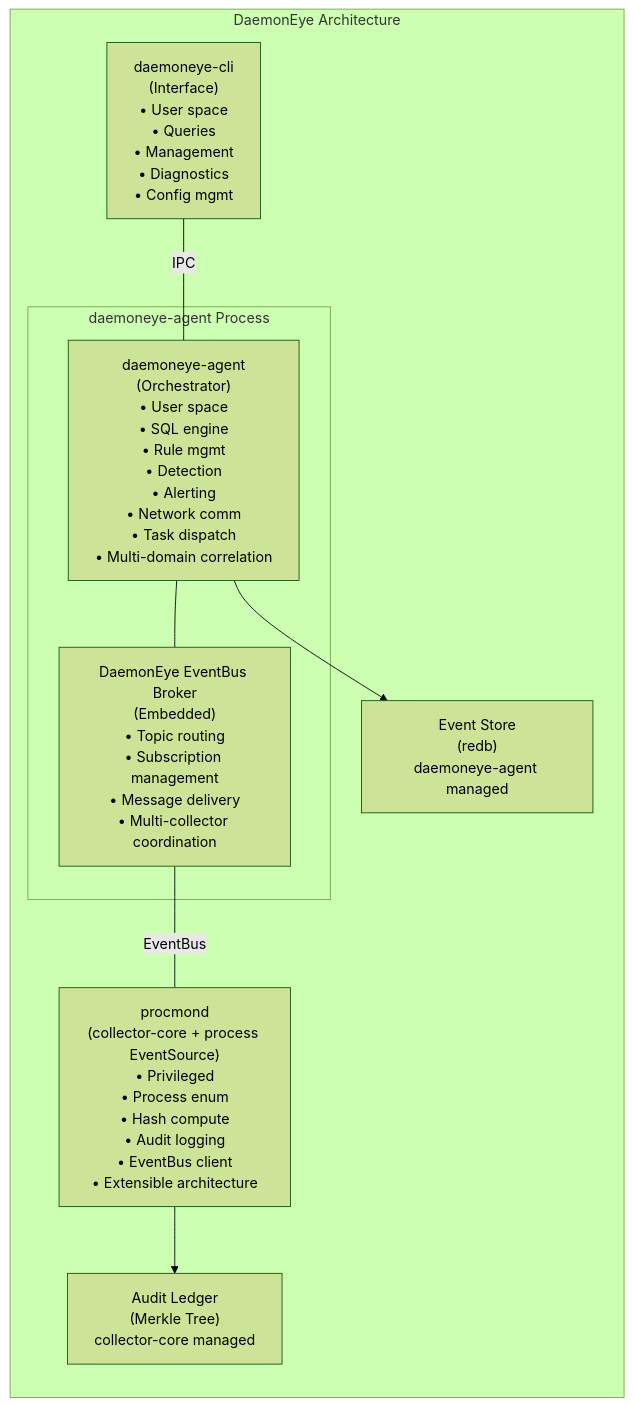
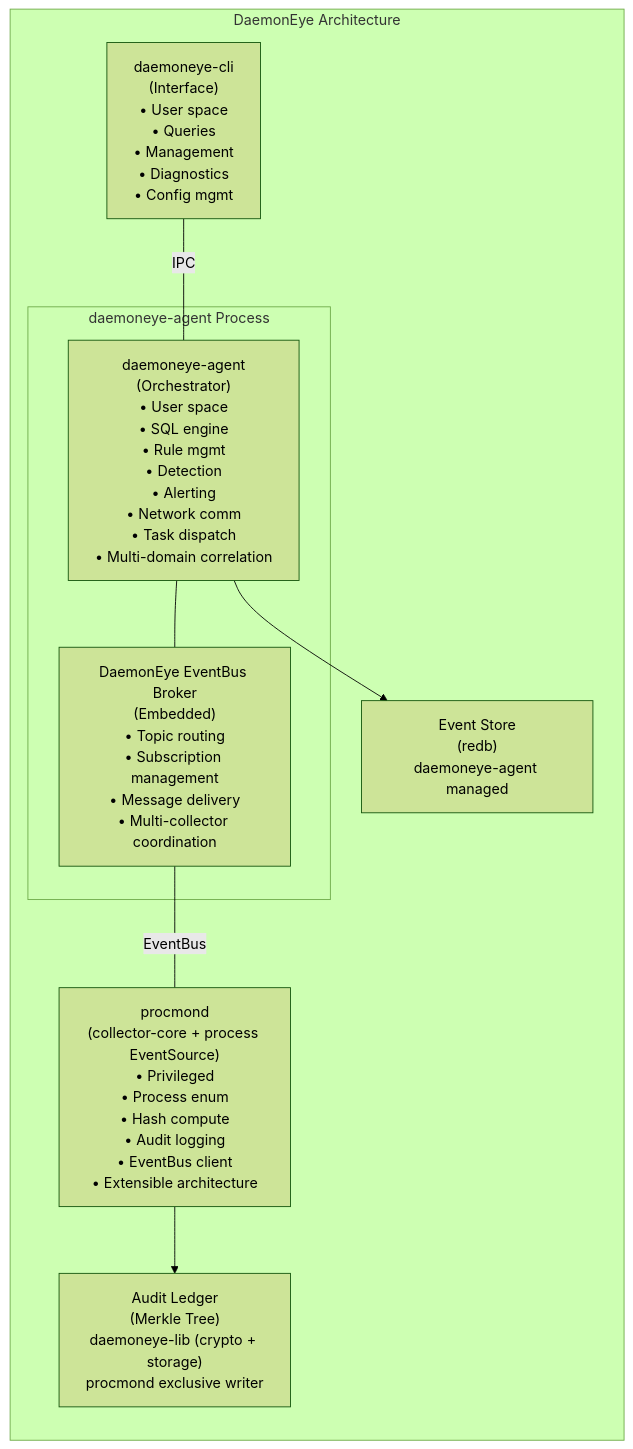
The second of 7 diagrams in .kiro/specs/daemoneye-core-monitoring/design.md (EvilBit-Labs/DaemonEye), drawn with Mermaid (forest theme) before and after one commit. The commit also changed other lines of this file and 79 other files, not shown here.

````diff
--- a/.kiro/specs/daemoneye-core-monitoring/design.md
+++ b/.kiro/specs/daemoneye-core-monitoring/design.md
@@ -66,26 +66,26 @@
 ```mermaid
 graph LR
     subgraph "DaemonEye Architecture"
         CLI["daemoneye-cli<br/>(Interface)<br/>• User space<br/>• Queries<br/>• Management<br/>• Diagnostics<br/>• Config mgmt"]
 
         subgraph "daemoneye-agent Process"
             AGENT["daemoneye-agent<br/>(Orchestrator)<br/>• User space<br/>• SQL engine<br/>• Rule mgmt<br/>• Detection<br/>• Alerting<br/>• Network comm<br/>• Task dispatch<br/>• Multi-domain correlation"]
 
             BROKER["DaemonEye EventBus Broker<br/>(Embedded)<br/>• Topic routing<br/>• Subscription management<br/>• Message delivery<br/>• Multi-collector coordination"]
         end
 
         PROC["procmond<br/>(collector-core + process EventSource)<br/>• Privileged<br/>• Process enum<br/>• Hash compute<br/>• Audit logging<br/>• EventBus client<br/>• Extensible architecture"]
 
-        AUDIT["Audit Ledger<br/>(Merkle Tree)<br/>collector-core managed"]
+        AUDIT["Audit Ledger<br/>(Merkle Tree)<br/>daemoneye-lib (crypto + storage)<br/>procmond exclusive writer"]
 
         STORE["Event Store<br/>(redb)<br/>daemoneye-agent managed"]
     end
 
     CLI ---|IPC| AGENT
     AGENT --- BROKER
     BROKER ---|EventBus| PROC
     PROC --> AUDIT
     AGENT --> STORE
 
 
 ```
````
